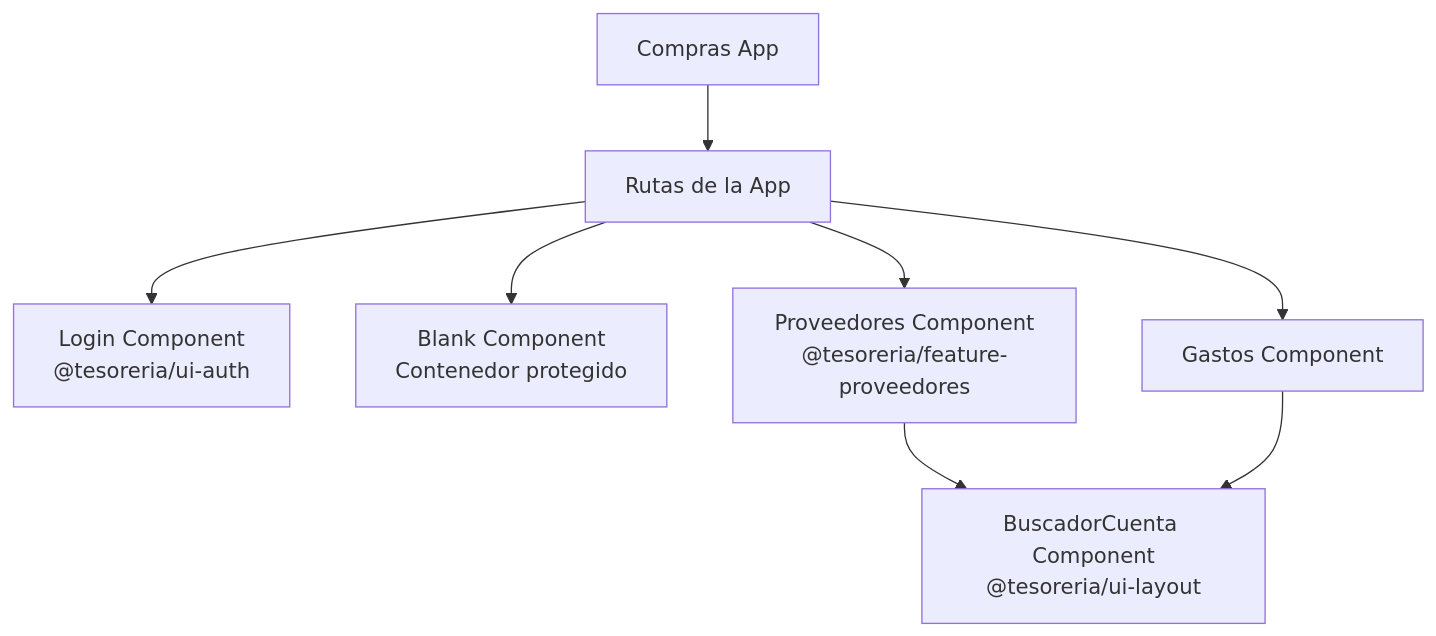
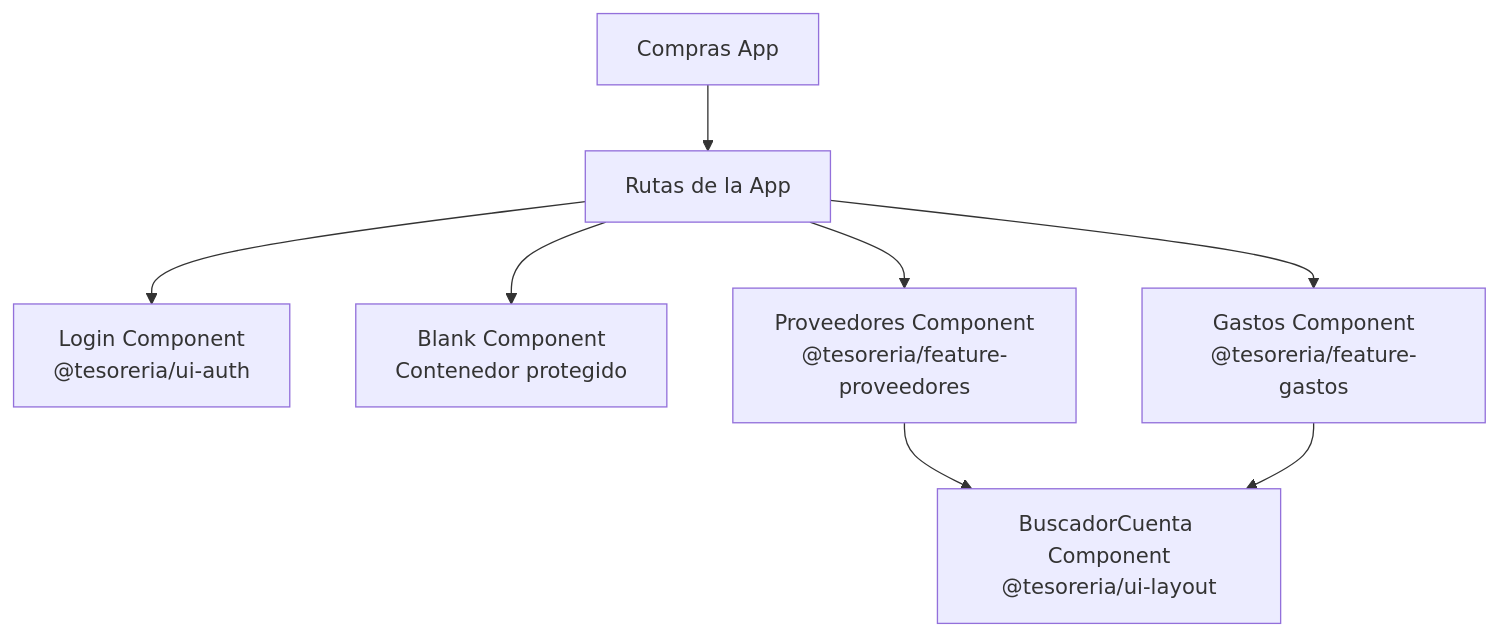
The third of 6 diagrams in docs/architecture.md (UM-services/UM.tesoreria.frontend-client), drawn with Mermaid before and after one commit. The commit also changed other lines of this file and 17 other files, not shown here.

First line of the commit message:
feat(feature-gastos): add shared Gastos library

````diff
--- a/docs/architecture.md
+++ b/docs/architecture.md
@@ -77,11 +81,11 @@
 ```mermaid
 graph TD
     ComprasApp[Compras App] --> AppRoutes[Rutas de la App]
     AppRoutes --> Login[Login Component<br/>@tesoreria/ui-auth]
     AppRoutes --> Blank[Blank Component<br/>Contenedor protegido]
     AppRoutes --> Proveedores[Proveedores Component<br/>@tesoreria/feature-proveedores]
-    AppRoutes --> Gastos[Gastos Component]
+    AppRoutes --> Gastos[Gastos Component<br/>@tesoreria/feature-gastos]
 
     Proveedores --> BuscadorCuenta[BuscadorCuenta Component<br/>@tesoreria/ui-layout]
     Gastos --> BuscadorCuenta[BuscadorCuenta Component<br/>@tesoreria/ui-layout]
 ```
````
